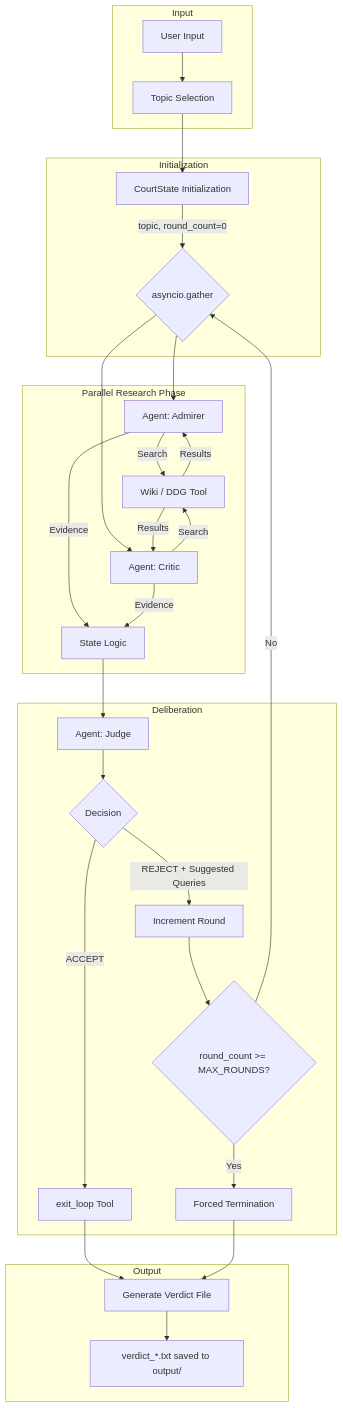
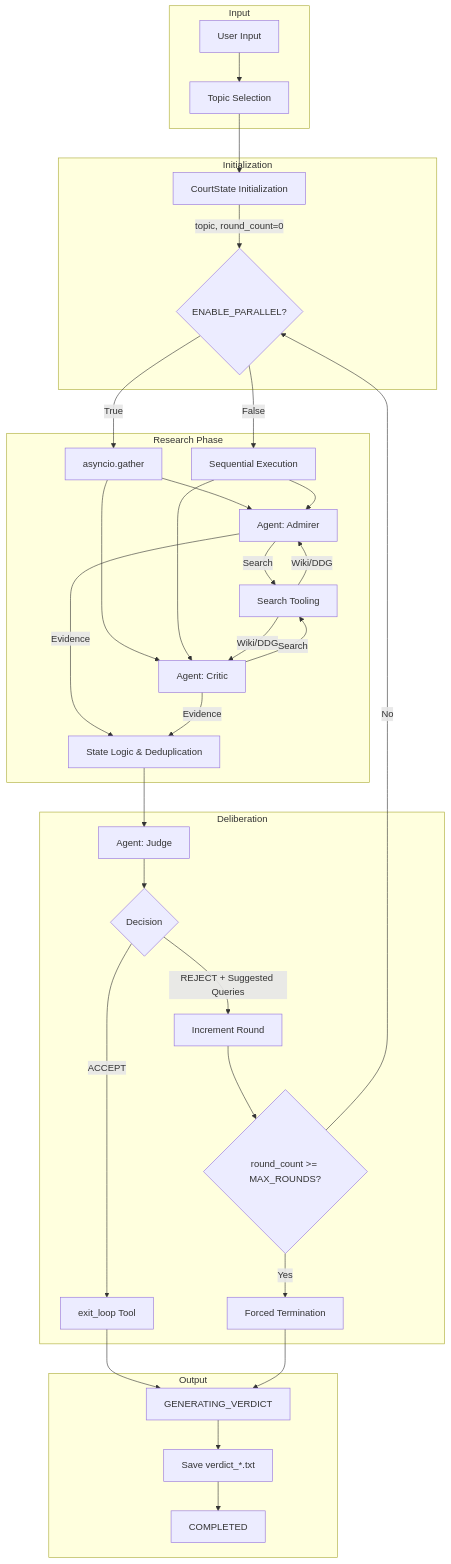
The diagram in README.md (ct255/historical-court), drawn with Mermaid before and after one commit. The commit also changed other lines of this file and 11 other files, not shown here.

First line of the commit message:
Refactor agent profiles and architecture documentation; enhance deduplication logic and tool extraction methods

````diff
--- a/README.md
+++ b/README.md
@@ -20,39 +20,44 @@
 ```mermaid
 flowchart TD
     subgraph Input
         U[User Input] --> T[Topic Selection]
     end
     
     subgraph Initialization
         T --> S[CourtState Initialization]
         S --> |topic, round_count=0| P
     end
     
-    subgraph Parallel_Execution[Parallel Research Phase]
-        P{asyncio.gather}
-        P --> A[Agent: Admirer]
-        P --> B[Agent: Critic]
-        A --> |Search| WT[Wiki / DDG Tool]
-        B --> |Search| WT
-        WT --> |Results| A
-        WT --> |Results| B
-        A --> |Evidence| SM[State Logic]
+    subgraph Research_Phase[Research Phase]
+        P{ENABLE_PARALLEL?}
+        P --> |True| AG[asyncio.gather]
+        P --> |False| SEQ[Sequential Execution]
+        AG --> A[Agent: Admirer]
+        AG --> B[Agent: Critic]
+        SEQ --> A
+        SEQ --> B
+        A --> |Search| ST[Search Tooling]
+        B --> |Search| ST
+        ST --> |Wiki/DDG| A
+        ST --> |Wiki/DDG| B
+        A --> |Evidence| SM[State Logic & Deduplication]
         B --> |Evidence| SM
     end
     
     subgraph Trial_Phase[Deliberation]
         SM --> J[Agent: Judge]
         J --> D{Decision}
         D --> |REJECT + Suggested Queries| INC[Increment Round]
         INC --> RC{round_count >= MAX_ROUNDS?}
         RC --> |No| P
         RC --> |Yes| FT[Forced Termination]
         D --> |ACCEPT| EX[exit_loop Tool]
     end
     
     subgraph Output
-        EX --> V[Generate Verdict File]
-        FT --> V
-        V --> F[verdict_*.txt saved to output/]
+        EX --> GV[GENERATING_VERDICT]
+        FT --> GV
+        GV --> V[Save verdict_*.txt]
+        V --> F[COMPLETED]
     end
 ```
````
